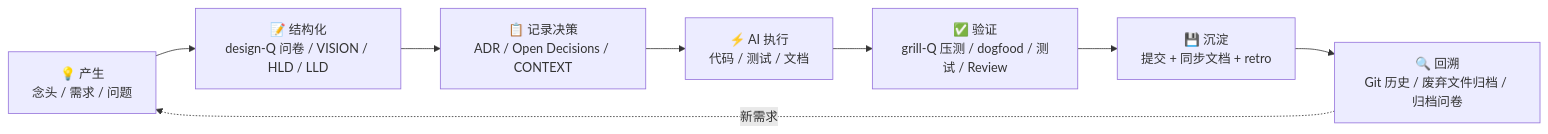
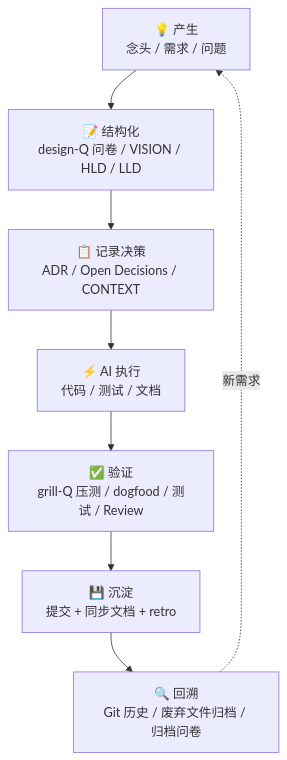
The fifth of 7 diagrams in docs/methodology/methodology_v3.md (code-cycler/info-driven-ai-se-harness-engineering), drawn with Mermaid before and after one commit. The commit also changed other lines of this file, not shown here.

Commit message:
docs: v3 排版——§三/§4.1 mermaid 朝向 LR→TB + 全文表格对齐格式化

````diff
--- a/docs/methodology/methodology_v3.md
+++ b/docs/methodology/methodology_v3.md
@@ -187,10 +189,10 @@
 ```mermaid
-flowchart LR
+flowchart TB
     A["💡 产生<br>念头 / 需求 / 问题"] --> B["📝 结构化<br>design-Q 问卷 / VISION / HLD / LLD"]
     B --> C["📋 记录决策<br>ADR / Open Decisions / CONTEXT"]
     C --> D["⚡ AI 执行<br>代码 / 测试 / 文档"]
     D --> E["✅ 验证<br>grill-Q 压测 / dogfood / 测试 / Review"]
     E --> F["💾 沉淀<br>提交 + 同步文档 + retro"]
     F --> G["🔍 回溯<br>Git 历史 / 废弃文件归档 / 归档问卷"]
     G -.->|新需求| A
 ```
````
